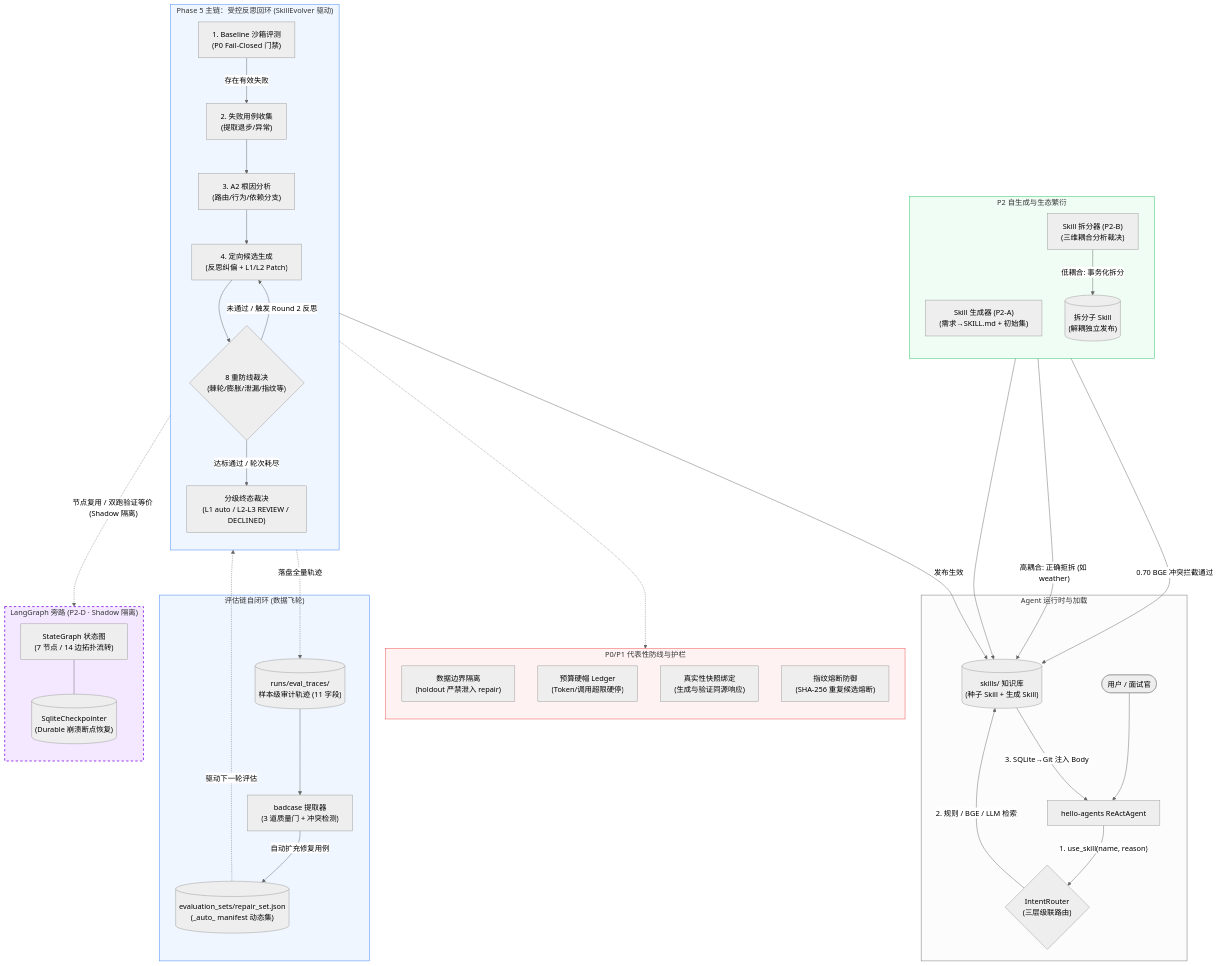
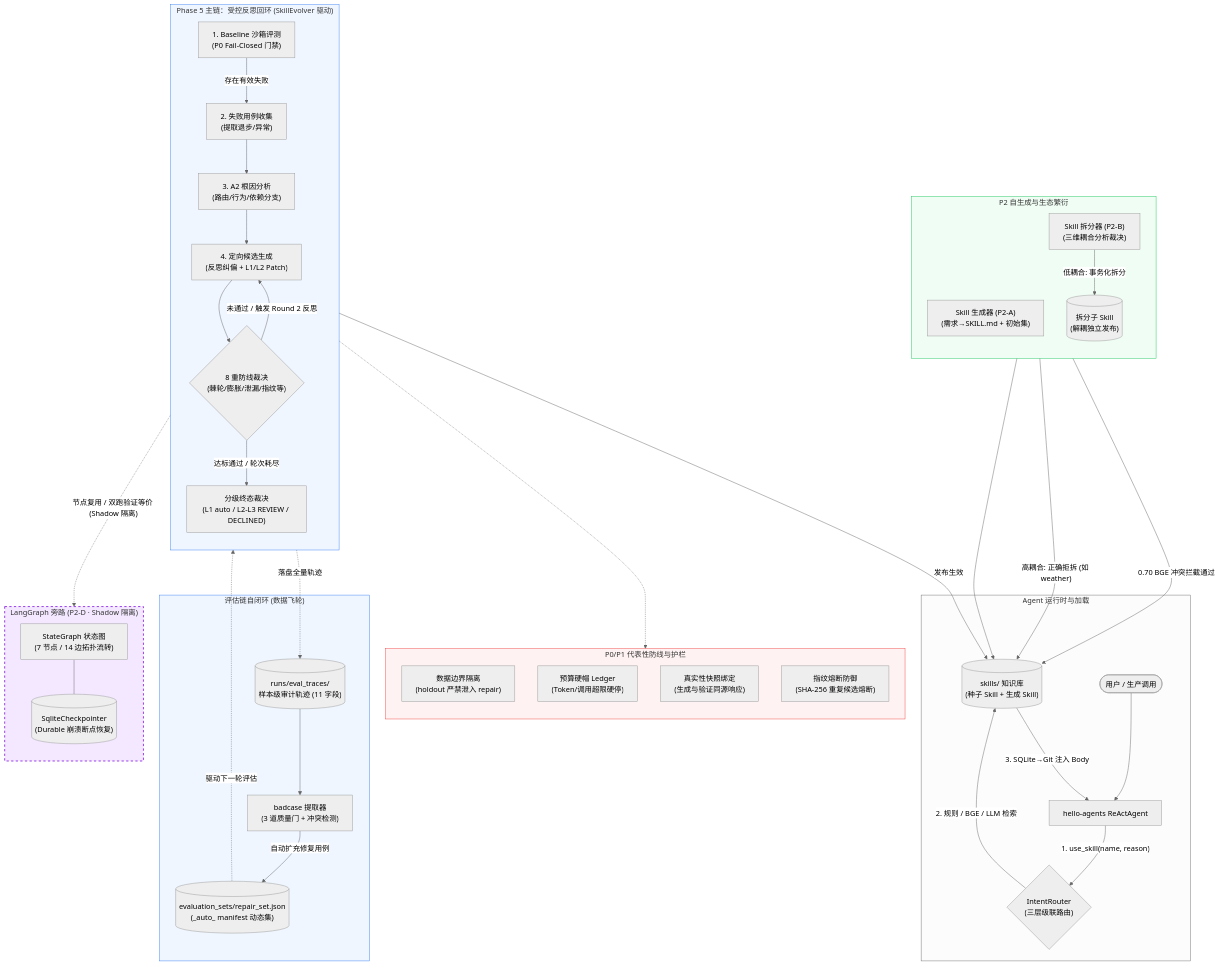
One commit to SuperGODOG/skillforge changed the diagram in README.md. Above: the diagram before and after it, drawn with Mermaid (neutral theme). The commit also changed other lines of this file and 2 other files, not shown here.

````diff
--- a/README.md
+++ b/README.md
@@ -111,80 +101,80 @@
 ```mermaid
 flowchart TB
     subgraph AgentLayer [Agent 运行时与加载]
-        User([用户 / 面试官]) --> Agent[hello-agents ReActAgent]
+        User([用户 / 生产调用]) --> Agent[hello-agents ReActAgent]
         Agent -->|"1. use_skill(name, reason)"| Router{"IntentRouter<br/>(三层级联路由)"}
         Skills[("skills/ 知识库<br/>(种子 Skill + 生成 Skill)")]
         Router -->|"2. 规则 / BGE / LLM 检索"| Skills
         Skills -->|"3. SQLite→Git 注入 Body"| Agent
     end
 
     subgraph EvolveMainChain ["Phase 5 主链：受控反思回环 (SkillEvolver 驱动)"]
         direction TB
         Step1["1. Baseline 沙箱评测<br/>(P0 Fail-Closed 门禁)"]
         Step2["2. 失败用例收集<br/>(提取退步/异常)"]
         Step3["3. A2 根因分析<br/>(路由/行为/依赖分支)"]
         Step4["4. 定向候选生成<br/>(反思纠偏 + L1/L2 Patch)"]
         DefenseGate{"8 重防线裁决<br/>(棘轮/膨胀/泄漏/指纹等)"}
         Outcome["分级终态裁决<br/>(L1 auto / L2-L3 REVIEW / DECLINED)"]
 
         Step1 -->|"存在有效失败"| Step2
         Step2 --> Step3
         Step3 --> Step4
         Step4 --> DefenseGate
         DefenseGate -->|"未通过 / 触发 Round 2 反思"| Step4
         DefenseGate -->|"达标通过 / 轮次耗尽"| Outcome
     end
 
     subgraph P0Defenses [P0/P1 代表性防线与护栏]
         direction TB
         Def1["数据边界隔离<br/>(holdout 严禁泄入 repair)"]
         Def2["预算硬帽 Ledger<br/>(Token/调用超限硬停)"]
         Def3["真实性快照绑定<br/>(生成与验证同源响应)"]
         Def4["指纹熔断防御<br/>(SHA-256 重复候选熔断)"]
     end
 
     DefenseGate -.-> P0Defenses
 
     subgraph EvalClosedLoop ["评估链自闭环 (数据飞轮)"]
         Traces[("runs/eval_traces/<br/>样本级审计轨迹 (11 字段)")]
         Extractor["badcase 提取器<br/>(3 道质量门 + 冲突检测)"]
         RepairSet[("evaluation_sets/repair_set.json<br/>(_auto_ manifest 动态集)")]
 
         Step1 -.->|"落盘全量轨迹"| Traces
         Traces --> Extractor
         Extractor -->|"自动扩充修复用例"| RepairSet
         RepairSet -.->|"驱动下一轮评估"| Step1
     end
 
     subgraph P2Ecosystem [P2 自生成与生态繁衍]
         direction TB
         Generator["Skill 生成器 (P2-A)<br/>(需求→SKILL.md + 初始集)"]
         Splitter["Skill 拆分器 (P2-B)<br/>(三维耦合分析裁决)"]
         SubSkills[("拆分子 Skill<br/>(解耦独立发布)")]
 
         Generator -->|"0.70 BGE 冲突拦截通过"| Skills
         Splitter -->|"高耦合: 正确拒拆 (如 weather)"| Skills
         Splitter -->|"低耦合: 事务化拆分"| SubSkills
         SubSkills --> Skills
     end
 
     subgraph LangGraphSidecar ["LangGraph 旁路 (P2-D · Shadow 隔离)"]
         direction TB
         LGGraph["StateGraph 状态图<br/>(7 节点 / 14 边拓扑流转)"]
         LGCheckpointer[("SqliteCheckpointer<br/>(Durable 崩溃断点恢复)")]
         LGGraph --- LGCheckpointer
     end
 
     Outcome -->|"发布生效"| Skills
     EvolveMainChain -.->|"节点复用 / 双跑验证等价 (Shadow 隔离)"| LangGraphSidecar
 
     classDef sidecar fill:#f3e8ff,stroke:#9333ea,stroke-width:2px,stroke-dasharray: 5 5;
     classDef defense fill:#fef2f2,stroke:#ef4444,stroke-width:1px;
     classDef loop fill:#eff6ff,stroke:#3b82f6,stroke-width:1px;
     classDef eco fill:#f0fdf4,stroke:#22c55e,stroke-width:1px;
 
     class LangGraphSidecar sidecar;
     class P0Defenses defense;
     class EvolveMainChain,EvalClosedLoop loop;
     class P2Ecosystem eco;
 ```
````
